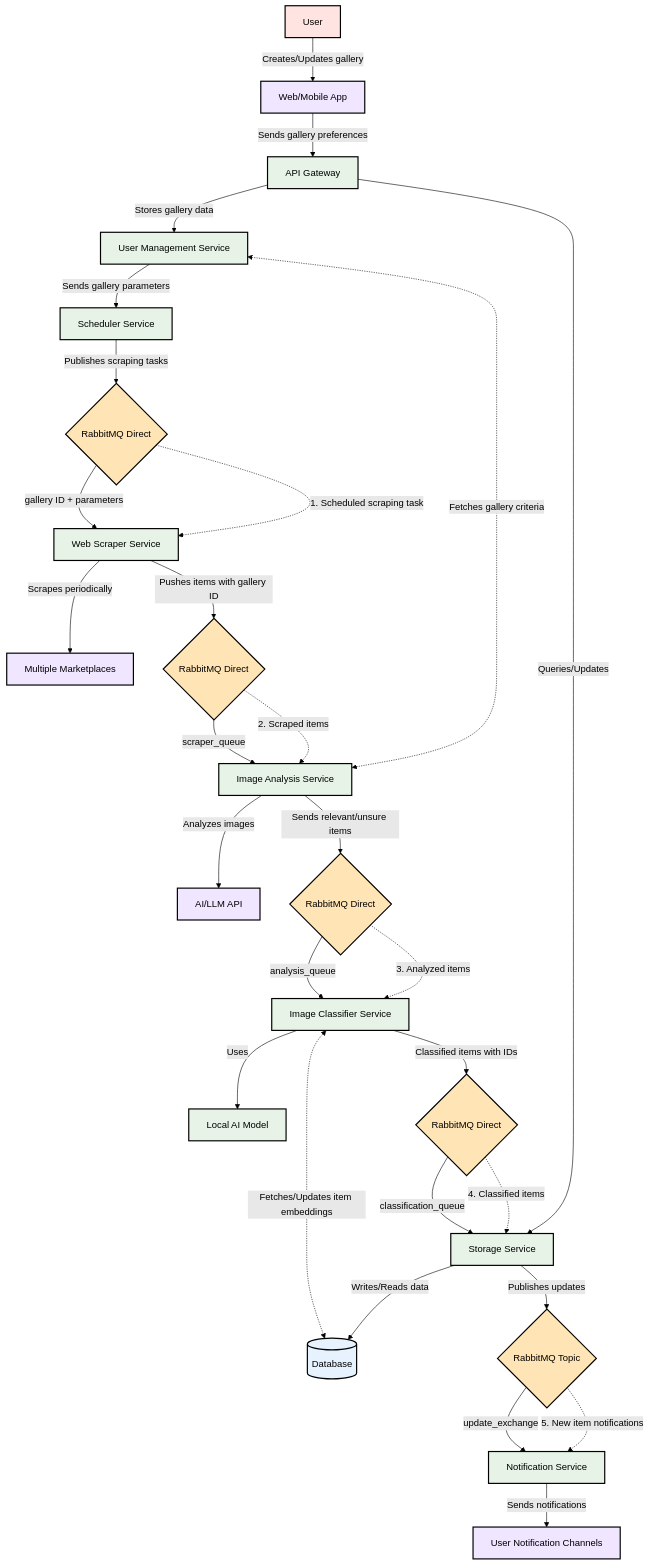
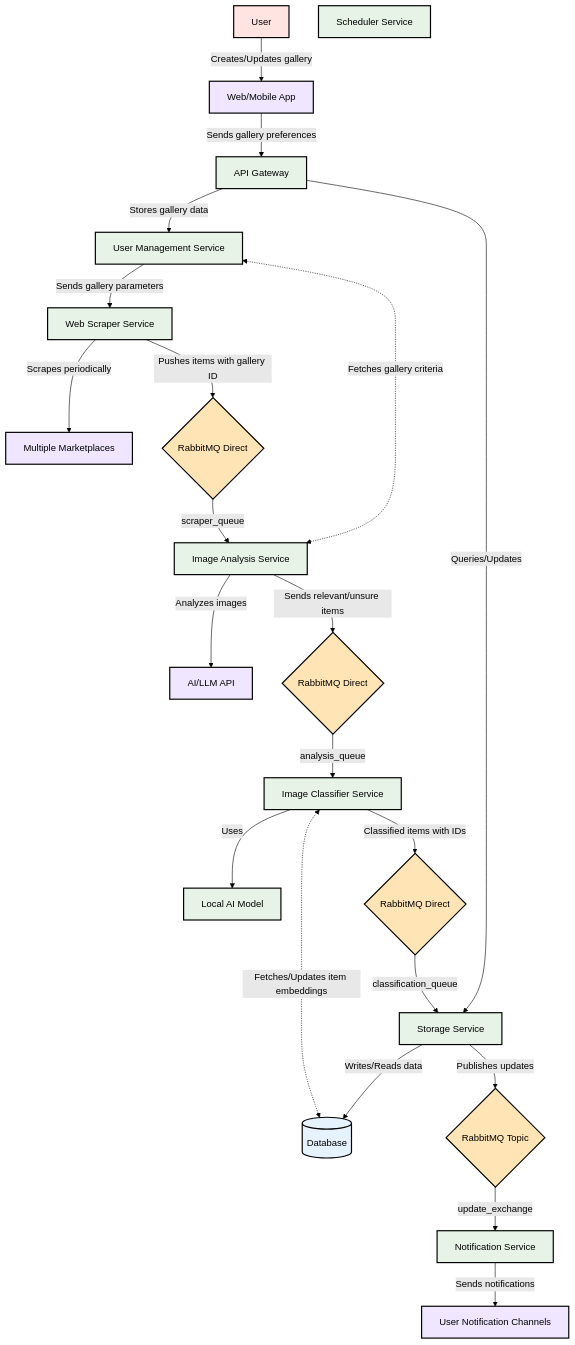
One commit to mhbka/itemtracker changed the diagram in README.md. Above: the diagram before and after it, drawn with Mermaid (forest theme). The commit also changed 18 other files, not shown here.

````diff
--- a/README.md
+++ b/README.md
@@ -1,60 +1,50 @@
 ```mermaid
     graph TD
         %% Color definitions
         classDef service fill:#E6F3E6,stroke:#000,stroke-width:2px,color:#000;
         classDef queue fill:#FFE4B5,stroke:#000,stroke-width:2px,color:#000;
         classDef database fill:#E6F3FF,stroke:#000,stroke-width:2px,color:#000;
         classDef external fill:#F0E6FF,stroke:#000,stroke-width:2px,color:#000;
         classDef user fill:#FFE4E1,stroke:#000,stroke-width:2px,color:#000;
 
         S[User]:::user
         P[Web/Mobile App]:::external
         O[API Gateway]:::service
         Q[User Management Service]:::service
         R[Scheduler Service]:::service
-        T{RabbitMQ Direct}:::queue
         A[Web Scraper Service]:::service
         B[Multiple Marketplaces]:::external
         C{RabbitMQ Direct}:::queue
         D[Image Analysis Service]:::service
         E[AI/LLM API]:::external
         F{RabbitMQ Direct}:::queue
         G[Image Classifier Service]:::service
         H[Local AI Model]:::service
         I{RabbitMQ Direct}:::queue
         J[Storage Service]:::service
         K[(Database)]:::database
         L{RabbitMQ Topic}:::queue
         M[Notification Service]:::service
         N[User Notification Channels]:::external
 
         S -->|Creates/Updates gallery| P
         P -->|Sends gallery preferences| O
         O -->|Stores gallery data| Q
-        Q -->|Sends gallery parameters| R
-        R -->|Publishes scraping tasks| T
-        T -->|gallery ID + parameters| A
+        Q -->|Sends gallery parameters| A
         A -->|Scrapes periodically| B
         A -->|Pushes items with gallery ID| C
         C -->|scraper_queue| D
         D <-.->|Fetches gallery criteria| Q
         D -->|Analyzes images| E
         D -->|Sends relevant/unsure items| F
         F -->|analysis_queue| G
         G -->|Uses| H
         G <-.->|Fetches/Updates item embeddings| K
         G -->|Classified items with IDs| I
         I -->|classification_queue| J
         J -->|Writes/Reads data| K
         J -->|Publishes updates| L
         L -->|update_exchange| M
         M -->|Sends notifications| N
         O -->|Queries/Updates| J
-
-        %% Main flow labels
-        T -.->|"1. Scheduled scraping task"| A
-        C -.->|"2. Scraped items"| D
-        F -.->|"3. Analyzed items"| G
-        I -.->|"4. Classified items"| J
-        L -.->|"5. New item notifications"| M
 ```
````
